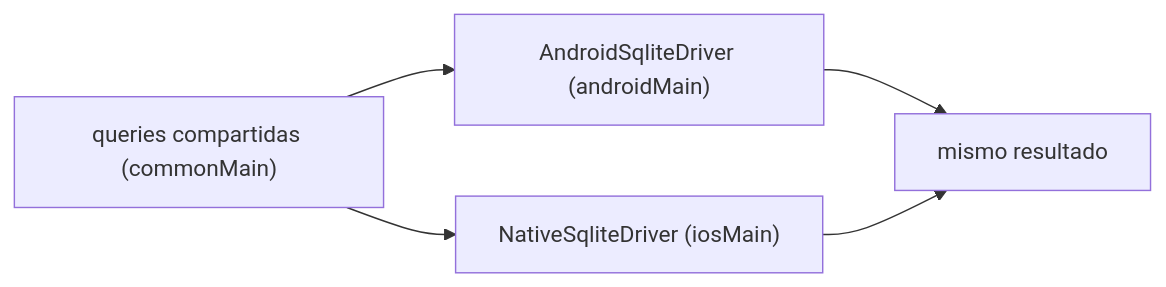
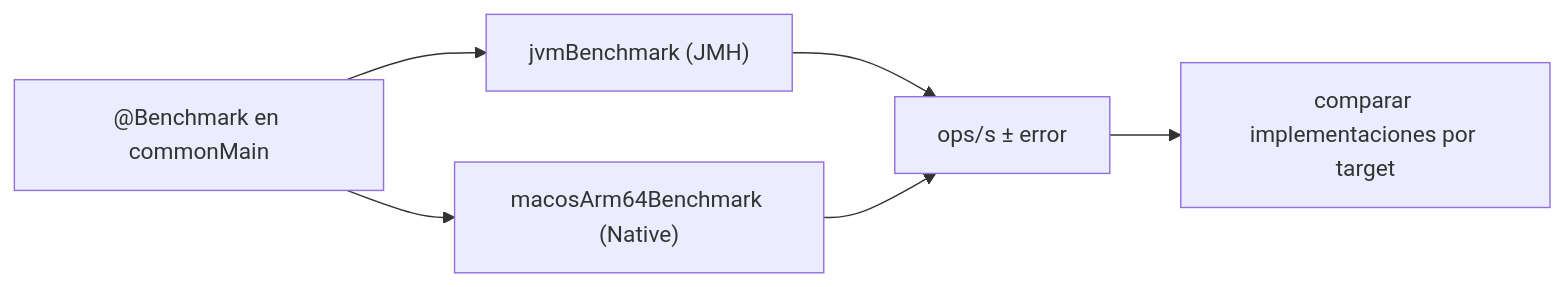
One commit to NICORUIZ93/The_Imperial_Book changed the fifth of 5 diagrams in web/public/content/kotlin-multiplatform/modulo-6.md. Above: the diagram before and after it, drawn with Mermaid. The commit also changed other lines of this file and 305 other files, not shown here.

````diff
--- a/web/public/content/kotlin-multiplatform/modulo-6.md
+++ b/web/public/content/kotlin-multiplatform/modulo-6.md
@@ -127,7 +175,7 @@
 ```mermaid
 flowchart LR
-  A["queries compartidas (commonMain)"] --> B["AndroidSqliteDriver (androidMain)"]
-  A --> C["NativeSqliteDriver (iosMain)"]
-  B --> D[mismo resultado]
-  C --> D
+    B["@Benchmark en commonMain"] --> J["jvmBenchmark (JMH)"]
+    B --> N["macosArm64Benchmark (Native)"]
+    J & N --> R["ops/s ± error"]
+    R --> D["comparar implementaciones por target"]
 ```
````
